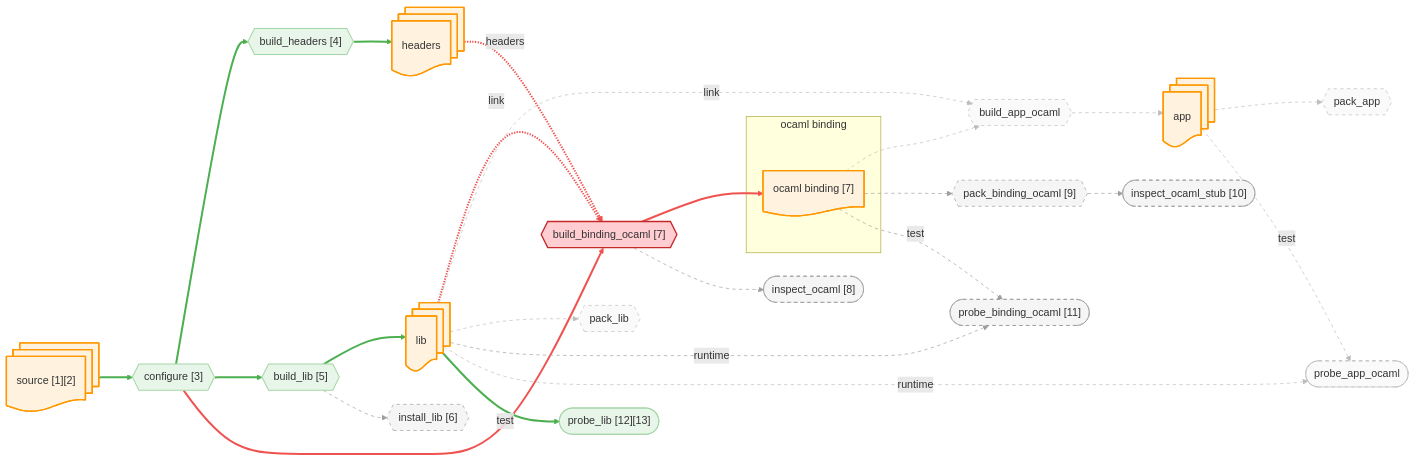
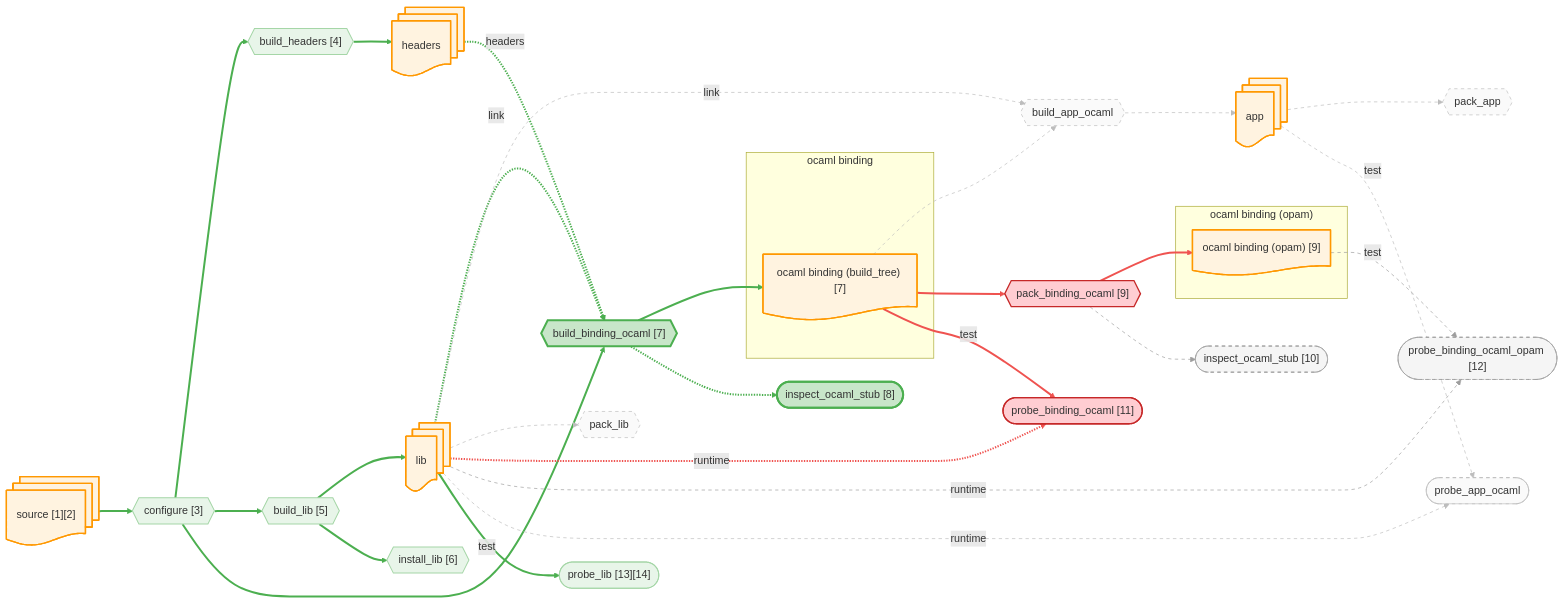
One commit to JHU-PL-Lab/tola changed the diagram in docs/canary/projects/z3/-run/diagrams/binding_ocaml.mmd. Above: the diagram before and after it, drawn with Mermaid. The commit also changed 24 other files, not shown here.

```diff
--- a/docs/canary/projects/z3/-run/diagrams/binding_ocaml.mmd
+++ b/docs/canary/projects/z3/-run/diagrams/binding_ocaml.mmd
@@ -1,95 +1,106 @@
 %% view: binding_ocaml
 graph LR
     source_node@{ shape: docs, label: "source [1][2]" }
     headers_node@{ shape: docs, label: "headers" }
     lib_node@{ shape: docs, label: "lib" }
     app_node@{ shape: docs, label: "app" }
-    subgraph ocaml_binding_sg ["ocaml binding"]
-      ocaml_binding_build_tree_node@{ shape: doc, label: "ocaml binding [7]" }
+    subgraph ocaml_binding_input_sg ["ocaml binding"]
+      ocaml_binding_build_tree_node@{ shape: doc, label: "ocaml binding (build_tree) [7]" }
+    end
+    subgraph ocaml_binding_product_sg ["ocaml binding (opam)"]
+      ocaml_binding_opam_node@{ shape: doc, label: "ocaml binding (opam) [9]" }
     end
 
     A_configure{{"configure [3]"}}
     A_build_headers{{"build_headers [4]"}}
     A_build_lib{{"build_lib [5]"}}
     A_build_binding_ocaml{{"build_binding_ocaml [7]"}}
     A_build_app_ocaml{{"build_app_ocaml"}}
     A_install_lib{{"install_lib [6]"}}
     A_pack_binding_ocaml{{"pack_binding_ocaml [9]"}}
     A_pack_lib{{"pack_lib"}}
     A_pack_app{{"pack_app"}}
     A_probe_binding_ocaml(["probe_binding_ocaml [11]"])
+    A_probe_binding_ocaml_opam(["probe_binding_ocaml_opam [12]"])
     A_probe_app_ocaml(["probe_app_ocaml"])
-    A_probe_lib(["probe_lib [12][13]"])
-    A_build_binding_ocaml_inspect(["inspect_ocaml [8]"])
+    A_probe_lib(["probe_lib [13][14]"])
+    A_build_binding_ocaml_stub_inspect(["inspect_ocaml_stub [8]"])
     A_pack_binding_ocaml_stub_inspect(["inspect_ocaml_stub [10]"])
 
     source_node --> A_configure
     A_configure --> A_build_headers
     A_build_headers --> headers_node
     A_configure --> A_build_lib
     A_build_lib --> lib_node
     A_configure --> A_build_binding_ocaml
     headers_node -.->|headers| A_build_binding_ocaml
     lib_node -.->|link| A_build_binding_ocaml
     A_build_binding_ocaml --> ocaml_binding_build_tree_node
     ocaml_binding_build_tree_node --> A_build_app_ocaml
     lib_node -.->|link| A_build_app_ocaml
     A_build_app_ocaml --> app_node
     A_build_lib --> A_install_lib
     ocaml_binding_build_tree_node --> A_pack_binding_ocaml
+    A_pack_binding_ocaml --> ocaml_binding_opam_node
     lib_node --> A_pack_lib
     app_node --> A_pack_app
     ocaml_binding_build_tree_node -->|test| A_probe_binding_ocaml
     lib_node -.->|runtime| A_probe_binding_ocaml
+    ocaml_binding_opam_node -->|test| A_probe_binding_ocaml_opam
+    lib_node -.->|runtime| A_probe_binding_ocaml_opam
     app_node -->|test| A_probe_app_ocaml
     lib_node -.->|runtime| A_probe_app_ocaml
     lib_node -->|test| A_probe_lib
-    A_build_binding_ocaml -.-> A_build_binding_ocaml_inspect
+    A_build_binding_ocaml -.-> A_build_binding_ocaml_stub_inspect
     A_pack_binding_ocaml -.-> A_pack_binding_ocaml_stub_inspect
 
     classDef artifact fill:#fff3e0,stroke:#ff9800,stroke-width:2px
     classDef action fill:#f3e5f5,stroke:#9c27b0,stroke-width:2px
     classDef st_done fill:#c8e6c9,stroke:#4caf50,stroke-width:3px
     classDef st_done_ctx fill:#e8f5e9,stroke:#a5d6a7,stroke-width:1.5px
     classDef st_expected_fail fill:#fff9c4,stroke:#f9a825,stroke-width:2px
     classDef st_failed fill:#ffcdd2,stroke:#c62828,stroke-width:2px
     classDef st_skipped fill:#f5f5f5,stroke:#9e9e9e,stroke-dasharray:5
     classDef st_nospec fill:#fafafa,stroke:#bdbdbd,stroke-dasharray:5
-    class source_node,headers_node,lib_node,app_node,ocaml_binding_build_tree_node artifact
+    class source_node,headers_node,lib_node,app_node,ocaml_binding_build_tree_node,ocaml_binding_opam_node artifact
     class A_configure st_done_ctx
     class A_build_headers st_done_ctx
     class A_build_lib st_done_ctx
-    class A_build_binding_ocaml st_failed
+    class A_build_binding_ocaml st_done
     class A_build_app_ocaml st_nospec
-    class A_install_lib st_skipped
-    class A_pack_binding_ocaml st_skipped
+    class A_install_lib st_done_ctx
+    class A_pack_binding_ocaml st_failed
     class A_pack_lib st_nospec
     class A_pack_app st_nospec
-    class A_probe_binding_ocaml st_skipped
+    class A_probe_binding_ocaml st_failed
+    class A_probe_binding_ocaml_opam st_skipped
     class A_probe_app_ocaml st_nospec
     class A_probe_lib st_done_ctx
-    class A_build_binding_ocaml_inspect st_skipped
+    class A_build_binding_ocaml_stub_inspect st_done
     class A_pack_binding_ocaml_stub_inspect st_skipped
     linkStyle 0 stroke:#4caf50,stroke-width:3px
     linkStyle 1 stroke:#4caf50,stroke-width:3px
     linkStyle 2 stroke:#4caf50,stroke-width:3px
     linkStyle 3 stroke:#4caf50,stroke-width:3px
     linkStyle 4 stroke:#4caf50,stroke-width:3px
-    linkStyle 5 stroke:#ef5350,stroke-width:3px
-    linkStyle 6 stroke:#ef5350,stroke-width:3px
-    linkStyle 7 stroke:#ef5350,stroke-width:3px
-    linkStyle 8 stroke:#ef5350,stroke-width:3px
+    linkStyle 5 stroke:#4caf50,stroke-width:3px
+    linkStyle 6 stroke:#4caf50,stroke-width:3px
+    linkStyle 7 stroke:#4caf50,stroke-width:3px
+    linkStyle 8 stroke:#4caf50,stroke-width:3px
     linkStyle 9 stroke:#bdbdbd,stroke-width:1px,stroke-dasharray:5
     linkStyle 10 stroke:#bdbdbd,stroke-width:1px,stroke-dasharray:5
     linkStyle 11 stroke:#bdbdbd,stroke-width:1px,stroke-dasharray:5
-    linkStyle 12 stroke:#9e9e9e,stroke-width:1px,stroke-dasharray:5
-    linkStyle 13 stroke:#9e9e9e,stroke-width:1px,stroke-dasharray:5
-    linkStyle 14 stroke:#bdbdbd,stroke-width:1px,stroke-dasharray:5
+    linkStyle 12 stroke:#4caf50,stroke-width:3px
+    linkStyle 13 stroke:#ef5350,stroke-width:3px
+    linkStyle 14 stroke:#ef5350,stroke-width:3px
     linkStyle 15 stroke:#bdbdbd,stroke-width:1px,stroke-dasharray:5
-    linkStyle 16 stroke:#9e9e9e,stroke-width:1px,stroke-dasharray:5
-    linkStyle 17 stroke:#9e9e9e,stroke-width:1px,stroke-dasharray:5
-    linkStyle 18 stroke:#bdbdbd,stroke-width:1px,stroke-dasharray:5
-    linkStyle 19 stroke:#bdbdbd,stroke-width:1px,stroke-dasharray:5
-    linkStyle 20 stroke:#4caf50,stroke-width:3px
-    linkStyle 21 stroke:#9e9e9e,stroke-width:1px,stroke-dasharray:5
-    linkStyle 22 stroke:#9e9e9e,stroke-width:1px,stroke-dasharray:5
+    linkStyle 16 stroke:#bdbdbd,stroke-width:1px,stroke-dasharray:5
+    linkStyle 17 stroke:#ef5350,stroke-width:3px
+    linkStyle 18 stroke:#ef5350,stroke-width:3px
+    linkStyle 19 stroke:#9e9e9e,stroke-width:1px,stroke-dasharray:5
+    linkStyle 20 stroke:#9e9e9e,stroke-width:1px,stroke-dasharray:5
+    linkStyle 21 stroke:#bdbdbd,stroke-width:1px,stroke-dasharray:5
+    linkStyle 22 stroke:#bdbdbd,stroke-width:1px,stroke-dasharray:5
+    linkStyle 23 stroke:#4caf50,stroke-width:3px
+    linkStyle 24 stroke:#4caf50,stroke-width:3px
+    linkStyle 25 stroke:#9e9e9e,stroke-width:1px,stroke-dasharray:5
```
